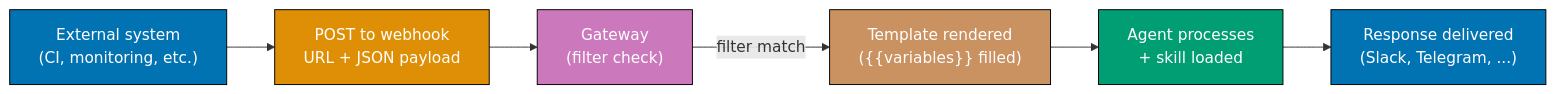
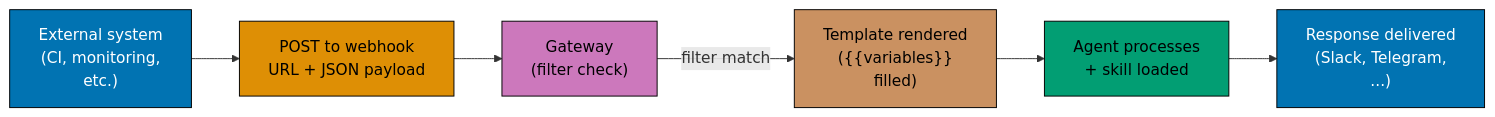
One commit to wahidyankf/ose-public changed diagram 14 of 14 in apps/ayokoding-www/content/en/learn/legacy/artificial-intelligence/tools/hermes-agent/by-example/advanced.md. Above: the diagram before and after it, drawn with Mermaid. The commit also changed other lines of this file and 50 other files, not shown here.

First line of the commit message:
fix(mermaid): bring the docs, governance, plans, and legacy AI diagrams onto the accessible palette

````diff
--- a/apps/ayokoding-www/content/en/learn/legacy/artificial-intelligence/tools/hermes-agent/by-example/advanced.md
+++ b/apps/ayokoding-www/content/en/learn/legacy/artificial-intelligence/tools/hermes-agent/by-example/advanced.md
@@ -2106,19 +2208,27 @@
 ```mermaid
 %% Color Palette: Blue #0173B2, Orange #DE8F05, Teal #029E73, Purple #CC78BC, Brown #CA9161
 graph LR
-    A["External system<br/>(CI, monitoring, etc.)"]
+    accTitle: Example 79: Webhook Subscriptions
+    accDescr: Graph with 6 nodes and 5 connections. Nodes: External system (CI, monitoring, etc.), POST to webhook URL + JSON payload, Gateway (filter check), Template rendered (variables filled), Agent processes + skill loaded, Response delivered (Slack, Telegram, ...). Connections: External system (CI, monitoring, etc.) to POST to webhook URL + JSON payload, POST to webhook URL + JSON payload to Gateway (filter check), Gateway (filter check) to Template rendered (variables filled) (filter match), Template rendered (variables filled) to Agent processes + skill loaded, Agent processes + skill loaded to Response delivered (Slack, Telegram, ...).
+    A["External system<br/>(CI, monitoring,<br/>etc.)"]
     B["POST to webhook<br/>URL + JSON payload"]
     C["Gateway<br/>(filter check)"]
-    D["Template rendered<br/>({{variables}} filled)"]
+    D["Template rendered<br/>({{variables}}<br/>filled)"]
     E["Agent processes<br/>+ skill loaded"]
-    F["Response delivered<br/>(Slack, Telegram, ...)"]
+    F["Response delivered<br/>(Slack, Telegram,<br/>...)"]
 
     A --> B --> C -->|"filter match"| D --> E --> F
 
-    style A fill:#0173B2,stroke:#000,color:#fff
-    style B fill:#DE8F05,stroke:#000,color:#fff
-    style C fill:#CC78BC,stroke:#000,color:#fff
-    style D fill:#CA9161,stroke:#000,color:#fff
-    style E fill:#029E73,stroke:#000,color:#fff
-    style F fill:#0173B2,stroke:#000,color:#fff
+    classDef pal-0173B2 fill:#0173B2,stroke:#000000,color:#FFFFFF
+    class A pal-0173B2
+    classDef pal-DE8F05 fill:#DE8F05,stroke:#000000,color:#000000
+    class B pal-DE8F05
+    classDef pal-CC78BC fill:#CC78BC,stroke:#000000,color:#000000
+    class C pal-CC78BC
+    classDef pal-CA9161 fill:#CA9161,stroke:#000000,color:#000000
+    class D pal-CA9161
+    classDef pal-029E73 fill:#029E73,stroke:#000000,color:#000000
+    class E pal-029E73
+    class F pal-0173B2
+    classDef default fill:#FFFFFF,stroke:#000000,color:#000000
 ```
````
